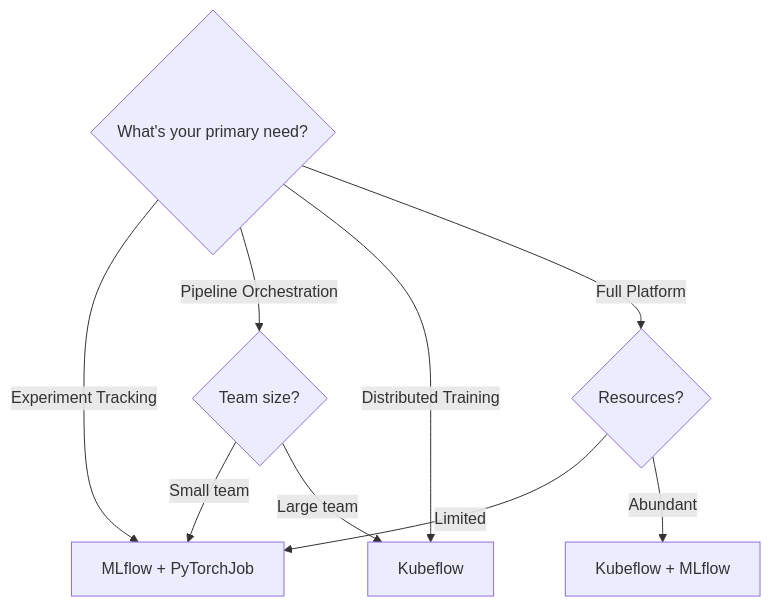
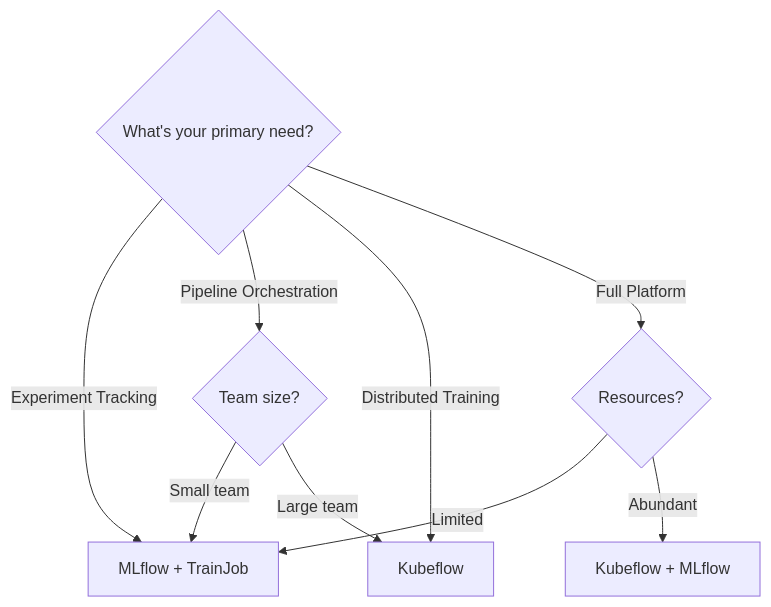
One commit to Mirantis-PS/k0rdent-ai-training changed the seventh of 9 diagrams in curriculum/week-5-ai-workloads/theory/5.5-ml-platforms.md. Above: the diagram before and after it, drawn with Mermaid. The commit also changed other lines of this file and 66 other files, not shown here.

````diff
--- a/curriculum/week-5-ai-workloads/theory/5.5-ml-platforms.md
+++ b/curriculum/week-5-ai-workloads/theory/5.5-ml-platforms.md
@@ -485,15 +525,15 @@
 ```mermaid
 flowchart TB
     Q1{What's your primary need?}
 
     Q1 -->|Experiment Tracking| MLF[MLflow]
     Q1 -->|Pipeline Orchestration| Q2{Team size?}
     Q1 -->|Distributed Training| KF[Kubeflow]
     Q1 -->|Full Platform| Q3{Resources?}
 
     Q2 -->|Small team| MLF
     Q2 -->|Large team| KF
 
-    Q3 -->|Limited| MLF[MLflow + PyTorchJob]
+    Q3 -->|Limited| MLF[MLflow + TrainJob]
     Q3 -->|Abundant| BOTH[Kubeflow + MLflow]
 ```
````
